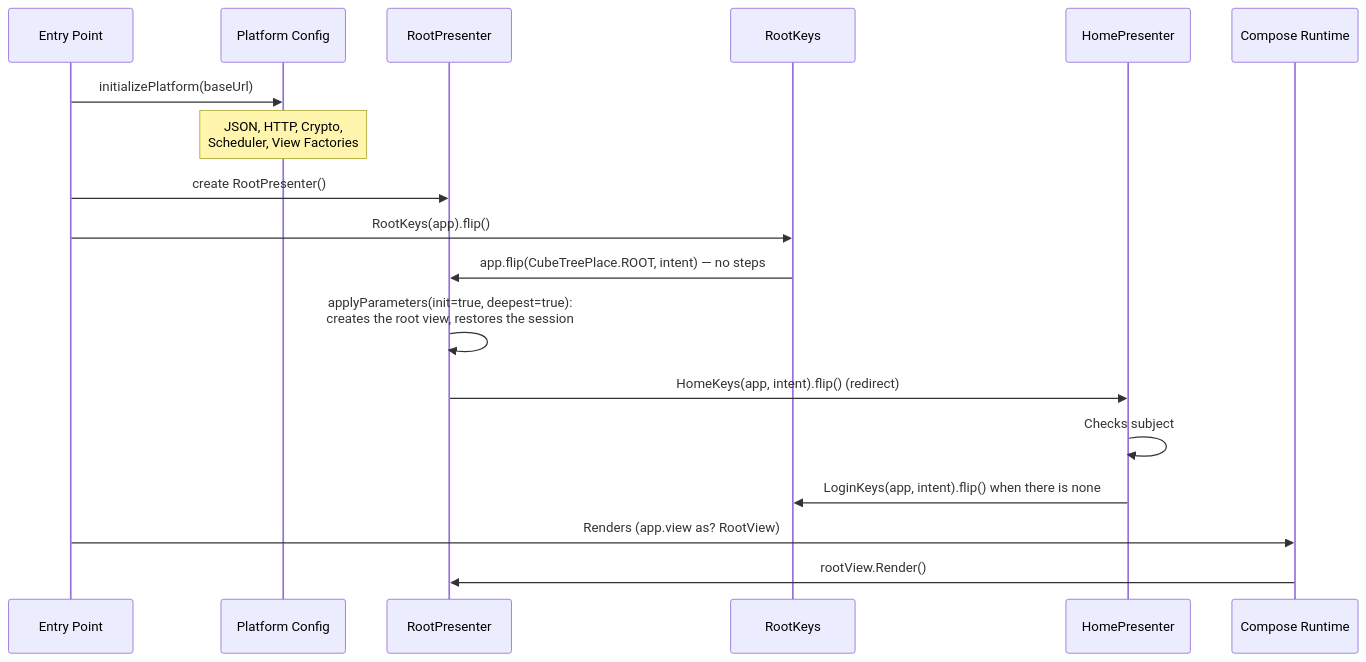
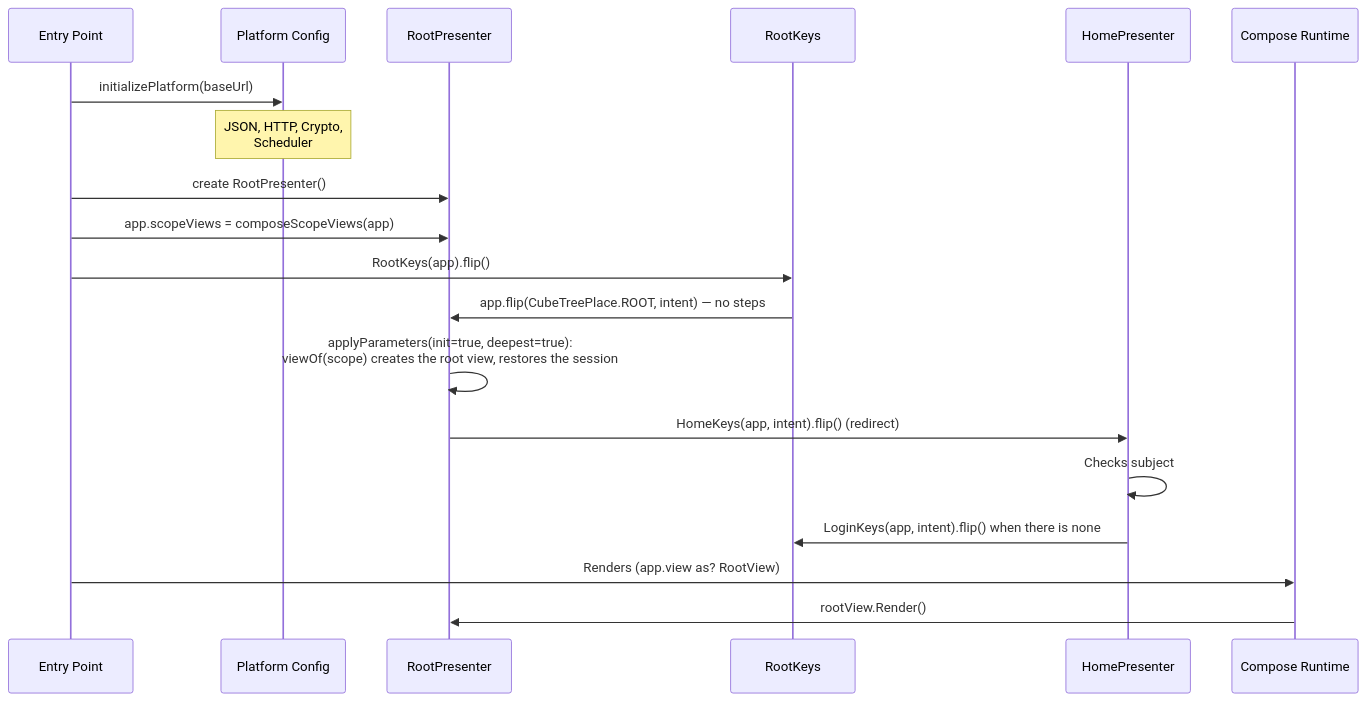
The ninth of 10 diagrams in docs/architecture.md (mrcdom/wdc-cube-kotlin), drawn with Mermaid before and after one commit. The commit also changed other lines of this file and 14 other files, not shown here.

````diff
--- a/docs/architecture.md
+++ b/docs/architecture.md
@@ -492,23 +503,24 @@
 ```mermaid
 sequenceDiagram
     participant Main as Entry Point
     participant Platform as Platform Config
     participant App as RootPresenter
     participant Keys as RootKeys
     participant Home as HomePresenter
     participant Compose as Compose Runtime
 
     Main->>Platform: initializePlatform(baseUrl)
-    Note over Platform: JSON, HTTP, Crypto,<br/>Scheduler, View Factories
+    Note over Platform: JSON, HTTP, Crypto,<br/>Scheduler
 
     Main->>App: create RootPresenter()
+    Main->>App: app.scopeViews = composeScopeViews(app)
     Main->>Keys: RootKeys(app).flip()
     Keys->>App: app.flip(CubeTreePlace.ROOT, intent) — no steps
-    App->>App: applyParameters(init=true, deepest=true):<br/>creates the root view, restores the session
+    App->>App: applyParameters(init=true, deepest=true):<br/>viewOf(scope) creates the root view, restores the session
     App->>Home: HomeKeys(app, intent).flip() (redirect)
     Home->>Home: Checks subject
     Home->>Keys: LoginKeys(app, intent).flip() when there is none
 
     Main->>Compose: Renders (app.view as? RootView)
     Compose->>App: rootView.Render()
 ```
````
